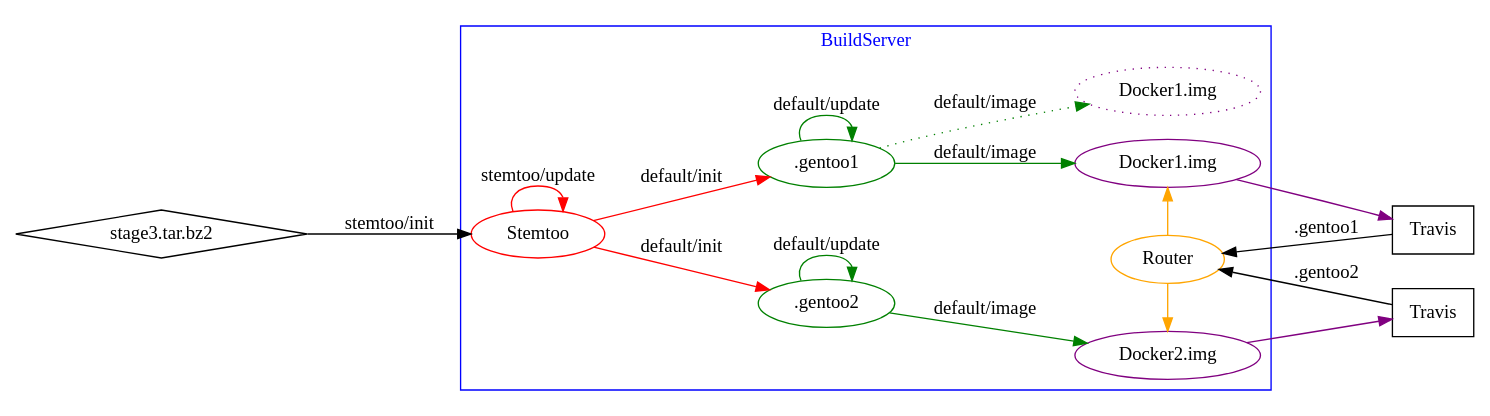
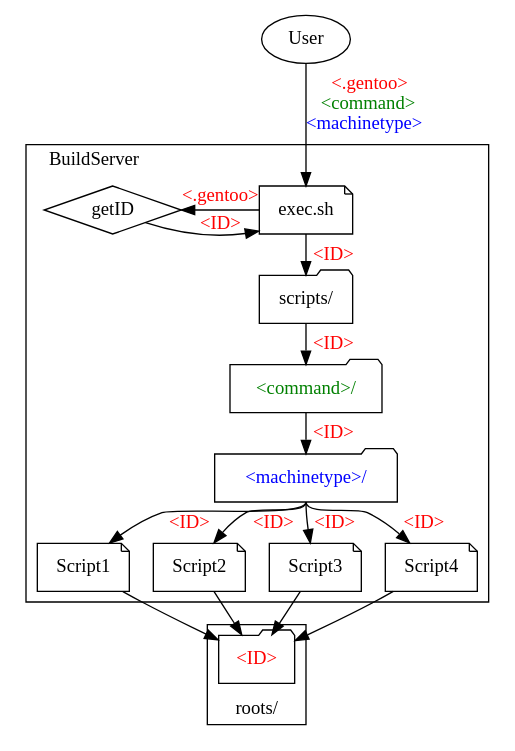
The diagram in doc/graph/BuildServer.dot (IBT-FMI/NeuroGentooProject), drawn with Graphviz before and after one commit. The commit also changed 14 other files, not shown here.

```diff
--- a/doc/graph/BuildServer.dot
+++ b/doc/graph/BuildServer.dot
@@ -1,42 +1,36 @@
 digraph{
-	node[shape=ellipse];
-	rankdir=LR;
-	Stage3[label="stage3.tar.bz2", shape=diamond];
+	rankdir=TB;
+	ranksep=0.05;
+	User;
 	subgraph cluster0{
-		color=blue;
-		fontcolor=blue;
-		label="BuildServer";
-		
-		Stemtoo[color=red, label="Stemtoo"];
-		
-		gentoo1[color=green, label=".gentoo1"];
-		gentoo2[color=green, label=".gentoo2"];
-		{rank=same;
-		#docker1_old[color=purple, style=dashed, label="Docker1.img"];
-		docker1_older[color=purple, style=dotted, label="Docker1.img"];
-		docker1[color=purple, label="Docker1.img"];
-		docker2[color=purple, label="Docker2.img"];
-		Router[color=orange, label="Router"];
+		labeljust=l;
+		label="BuildServer"
+		{rank=same
+		exec[shape="note", label="exec.sh"];
+		getID[shape="diamond"];
 		}
+		scripts[shape="folder",label="scripts/"];
+		command[shape="folder",label="<command>/",fontcolor="green"];
+		machinetype[shape="folder",label="<machinetype>/",fontcolor="blue"];
+		node[shape="note"];
+		Script1;
+		Script2;
+		Script3;
+		Script4;
 	}
-	Stage3 -> Stemtoo[label="stemtoo/init"];
-	Stemtoo -> Stemtoo[color=red, label="stemtoo/update"];
-	Stemtoo -> gentoo1[color=red, label="default/init"];
-	Stemtoo -> gentoo2[color=red, label="default/init"];
-	gentoo1 -> docker1[color=green, label="default/image"];
-	#gentoo1 -> docker1_old[style=dashed,color=green, label="default/image"];
-	gentoo1 -> docker1_older[style=dotted,color=green, label="default/image"];
-	gentoo2 -> docker2[color=green, label="default/image"];
-	gentoo1 -> gentoo1[color=green, label="default/update"];
-	gentoo2 -> gentoo2[color=green, label="default/update"];
-
-
-	Travis[shape=rectangle];
-	Travis2[shape=rectangle, label="Travis"];
-	Travis -> Router[label=".gentoo1"];
-	Travis2 -> Router[label=".gentoo2"];
-	Router -> docker1[color=orange];
-	Router -> docker2[color=orange];
-	docker1 -> Travis[color=purple];
-	docker2 -> Travis2[color=purple];
+	subgraph cluster1{
+		labelloc=b;
+		label="roots/"
+		Root[shape="folder",label="<ID>",fontcolor="red"];
+	}
+	
+	User -> exec[label=<<FONT color="red">&lt;.gentoo&gt;</FONT><BR/><FONT color="green">&lt;command&gt;</FONT><BR/><FONT color="blue">&lt;machinetype&gt;</FONT>>]
+	exec -> getID[label="<.gentoo>", fontcolor="red"];
+	getID -> exec[label="<ID>",fontcolor="red"];
+	exec -> scripts [label="<ID>",fontcolor="red"]
+	scripts -> command -> machinetype [label="<ID>",fontcolor="red"];
+	machinetype:s -> {Script1,Script2,Script3,Script4}[label="<ID>",fontcolor="red"];
+	 {Script1,Script2,Script3,Script4}-> Root;
+	edge[style="dotted",constraint=false, arrowhead="empty"]
+	#Script1 -> Script2 -> Script3 -> Script4;
 }
```
